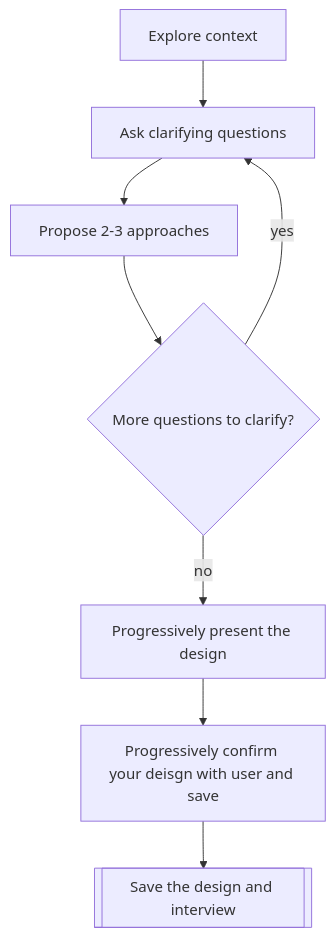
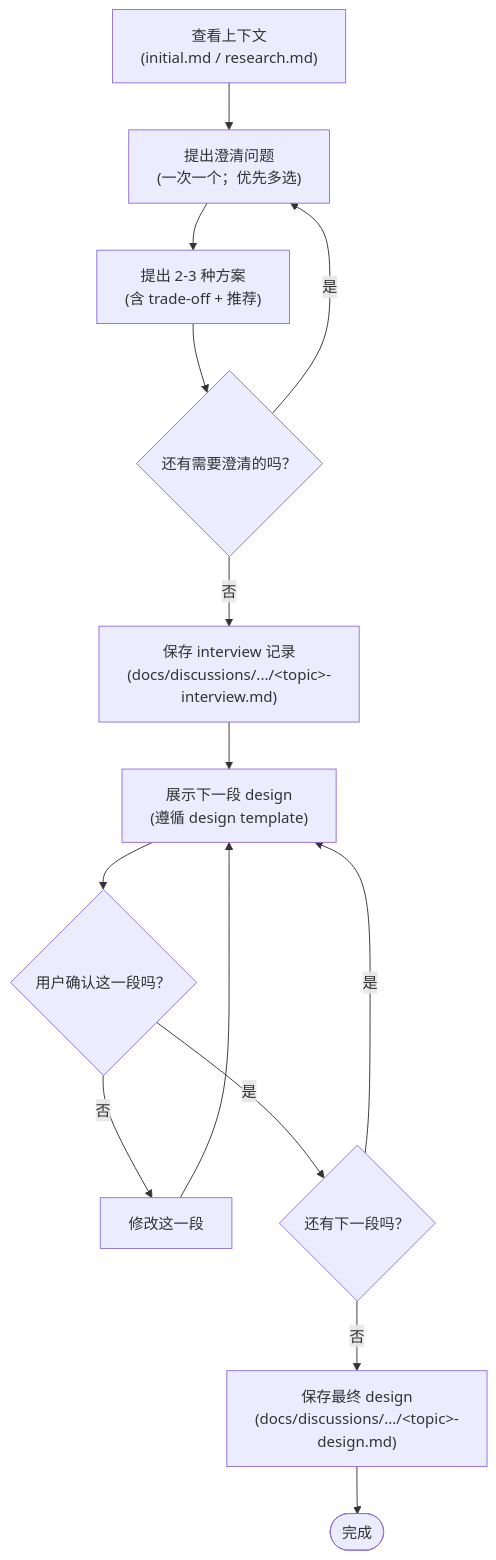
One commit to Chenhehustree/opencode-config changed the diagram in .opencode/skills/brainstorm/references/brainstorm-interview.md. Above: the diagram before and after it, drawn with Mermaid. The commit also changed other lines of this file and 4 other files, not shown here.

````diff
--- a/.opencode/skills/brainstorm/references/brainstorm-interview.md
+++ b/.opencode/skills/brainstorm/references/brainstorm-interview.md
@@ -50,18 +50,26 @@
 ```mermaid
 flowchart TD
-    A[Explore context]
-    B[Ask clarifying questions]
-    C[Propose 2-3 approaches]
-    D{More questions to clarify?}
-    E[Progressively present the design]
-    F[Progressively confirm your deisgn with user and save]
-    G[[Save the design and interview]]
+    A["查看上下文<br/>(initial.md / research.md)"]
+    B["提出澄清问题<br/>(一次一个；优先多选)"]
+    C["提出 2-3 种方案<br/>(含 trade-off + 推荐)"]
+    D{还有需要澄清的吗？}
+    E["保存 interview 记录<br/>(docs/discussions/.../&lt;topic&gt;-interview.md)"]
+    F["展示下一段 design<br/>(遵循 design template)"]
+    G{用户确认这一段吗？}
+    R[修改这一段]
+    H{还有下一段吗？}
+    I["保存最终 design<br/>(docs/discussions/.../&lt;topic&gt;-design.md)"]
+    J([完成])
 
     A --> B
     B --> C
     C --> D
-    D -- "yes" --> B
-    D -- "no" -->  E
+    D -- "是" --> B
+    D -- "否" --> E
     E --> F
     F --> G
+    G -- "否" --> R --> F
+    G -- "是" --> H
+    H -- "是" --> F
+    H -- "否" --> I --> J
 ```
````
